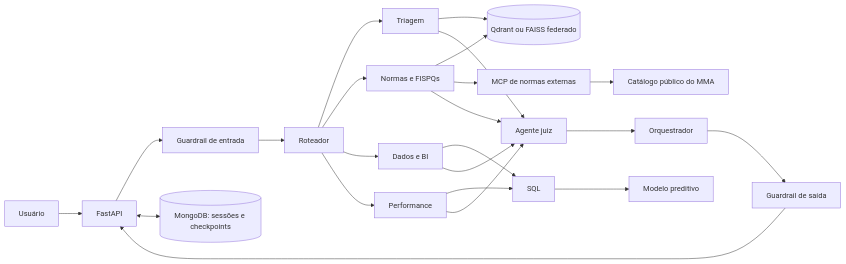
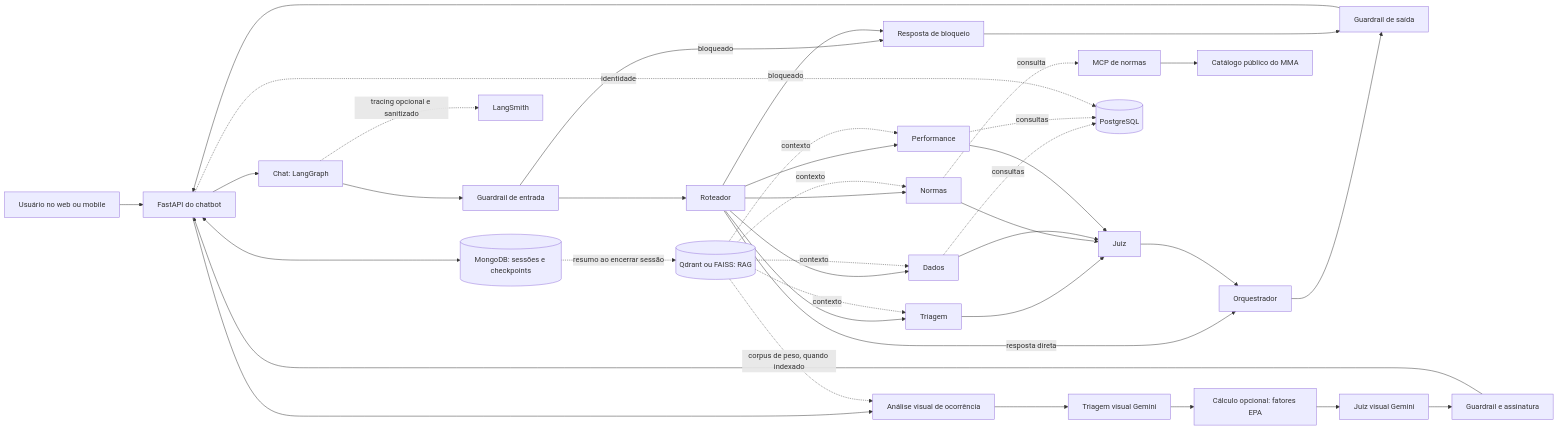
One commit to app-volta/volta-chatbot changed the diagram in README.md. Above: the diagram before and after it, drawn with Mermaid. The commit also changed other lines of this file, not shown here.

```diff
--- a/README.md
+++ b/README.md
@@ -23,25 +23,32 @@
 ~~~mermaid
 flowchart LR
-    U[Usuário] --> API[FastAPI]
-    API --> GI[Guardrail de entrada]
+    U[Usuário no web ou mobile] --> API[FastAPI do chatbot]
+    API --> CHAT[Chat: LangGraph]
+    CHAT --> GI[Guardrail de entrada]
     GI --> R[Roteador]
+    GI -->|bloqueado| B[Resposta de bloqueio]
     R --> T[Triagem]
-    R --> N[Normas e FISPQs]
-    R --> D[Dados e BI]
+    R --> N[Normas]
+    R --> D[Dados]
     R --> P[Performance]
-    T --> RAG[(Qdrant ou FAISS federado)]
-    D --> SQL
-    P --> SQL
-    SQL --> PR[Modelo preditivo]
-    N --> RAG[(Qdrant ou FAISS federado)]
-    N --> MCP[MCP de normas externas]
-    MCP --> MMA[Catálogo público do MMA]
-    T --> J[Agente juiz]
-    N --> J
-    D --> J
-    P --> J
-    J --> O[Orquestrador]
-    O --> GO[Guardrail de saída]
+    R -->|resposta direta| O[Orquestrador]
+    R -->|bloqueado| B
+    T & N & D & P --> J[Juiz]
+    J --> O
+    O & B --> GO[Guardrail de saída]
     GO --> API
+    API --> V[Análise visual de ocorrência]
+    V --> VP[Triagem visual Gemini]
+    VP --> CALC[Cálculo opcional: fatores EPA]
+    CALC --> VJ[Juiz visual Gemini]
+    VJ --> VS[Guardrail e assinatura]
+    VS --> API
+    RAG[(Qdrant ou FAISS: RAG)] -. contexto .-> T & N & D & P
+    RAG -. corpus de peso, quando indexado .-> V
+    N -. consulta .-> MCP[MCP de normas] --> MMA[Catálogo público do MMA]
+    D & P -. consultas .-> SQL[(PostgreSQL)]
+    API -. identidade .-> SQL
     API <--> M[(MongoDB: sessões e checkpoints)]
+    M -. resumo ao encerrar sessão .-> RAG
+    CHAT -. tracing opcional e sanitizado .-> LS[LangSmith]
 ~~~
```
